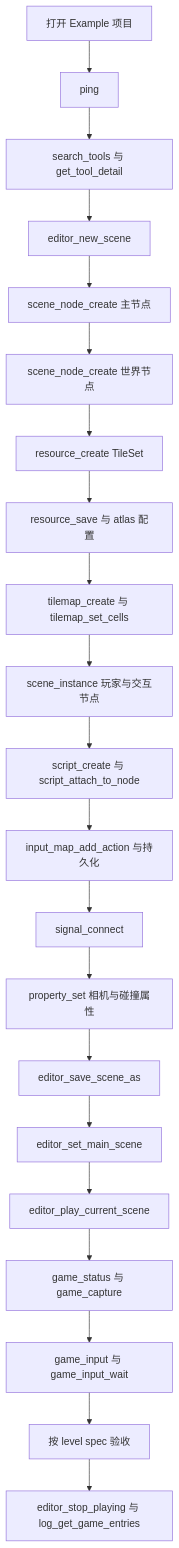
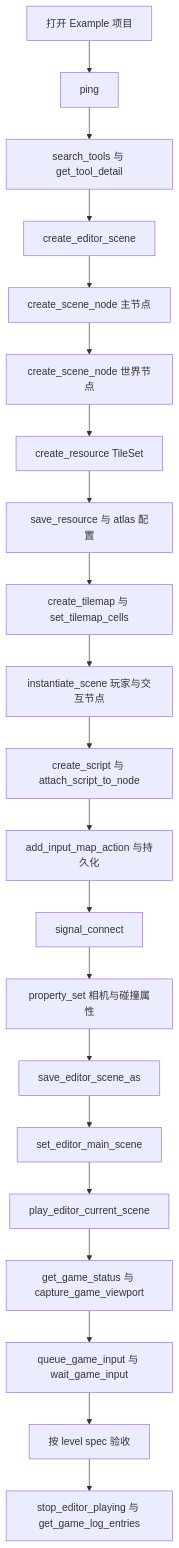
The fifth of 6 diagrams in Example/docs/architecture.md (jesspig/Godot-Autopilot), drawn with Mermaid before and after one commit. The commit also changed other lines of this file and 16 other files, not shown here.

````diff
--- a/Example/docs/architecture.md
+++ b/Example/docs/architecture.md
@@ -251,23 +251,23 @@
 ```mermaid
 flowchart TD
     A[打开 Example 项目] --> B[ping]
     B --> C[search_tools 与 get_tool_detail]
-    C --> D[editor_new_scene]
-    D --> E[scene_node_create 主节点]
-    E --> F[scene_node_create 世界节点]
-    F --> G[resource_create TileSet]
-    G --> H[resource_save 与 atlas 配置]
-    H --> I[tilemap_create 与 tilemap_set_cells]
-    I --> J[scene_instance 玩家与交互节点]
-    J --> K[script_create 与 script_attach_to_node]
-    K --> L[input_map_add_action 与持久化]
+    C --> D[create_editor_scene]
+    D --> E[create_scene_node 主节点]
+    E --> F[create_scene_node 世界节点]
+    F --> G[create_resource TileSet]
+    G --> H[save_resource 与 atlas 配置]
+    H --> I[create_tilemap 与 set_tilemap_cells]
+    I --> J[instantiate_scene 玩家与交互节点]
+    J --> K[create_script 与 attach_script_to_node]
+    K --> L[add_input_map_action 与持久化]
     L --> M[signal_connect]
     M --> N[property_set 相机与碰撞属性]
-    N --> O[editor_save_scene_as]
-    O --> P[editor_set_main_scene]
-    P --> Q[editor_play_current_scene]
-    Q --> R[game_status 与 game_capture]
-    R --> S[game_input 与 game_input_wait]
+    N --> O[save_editor_scene_as]
+    O --> P[set_editor_main_scene]
+    P --> Q[play_editor_current_scene]
+    Q --> R[get_game_status 与 capture_game_viewport]
+    R --> S[queue_game_input 与 wait_game_input]
     S --> T[按 level spec 验收]
-    T --> U[editor_stop_playing 与 log_get_game_entries]
+    T --> U[stop_editor_playing 与 get_game_log_entries]
 ```
````
